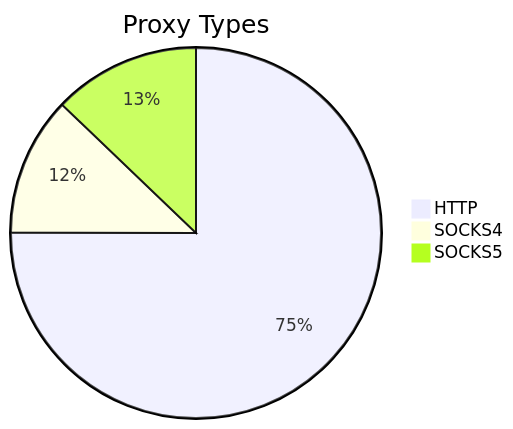
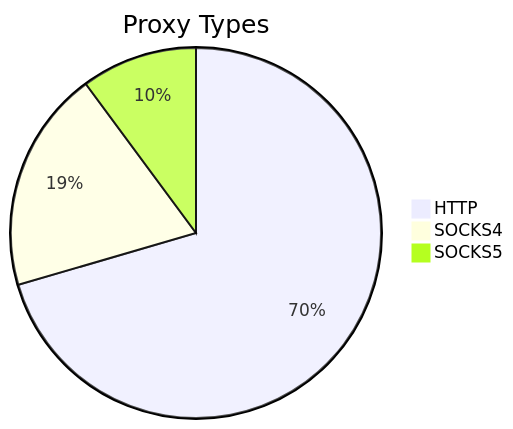
Before and after one commit to stormsia/proxy-list: the first of 2 diagrams in README.md, drawn with Mermaid. The commit also changed other lines of this file, not shown here.

````diff
--- a/README.md
+++ b/README.md
@@ -21,6 +21,6 @@
 ```mermaid
 pie title Proxy Types
-    "HTTP" : 409
-    "SOCKS4" : 66
-    "SOCKS5" : 70
+    "HTTP" : 640
+    "SOCKS4" : 176
+    "SOCKS5" : 92
 ```
````
